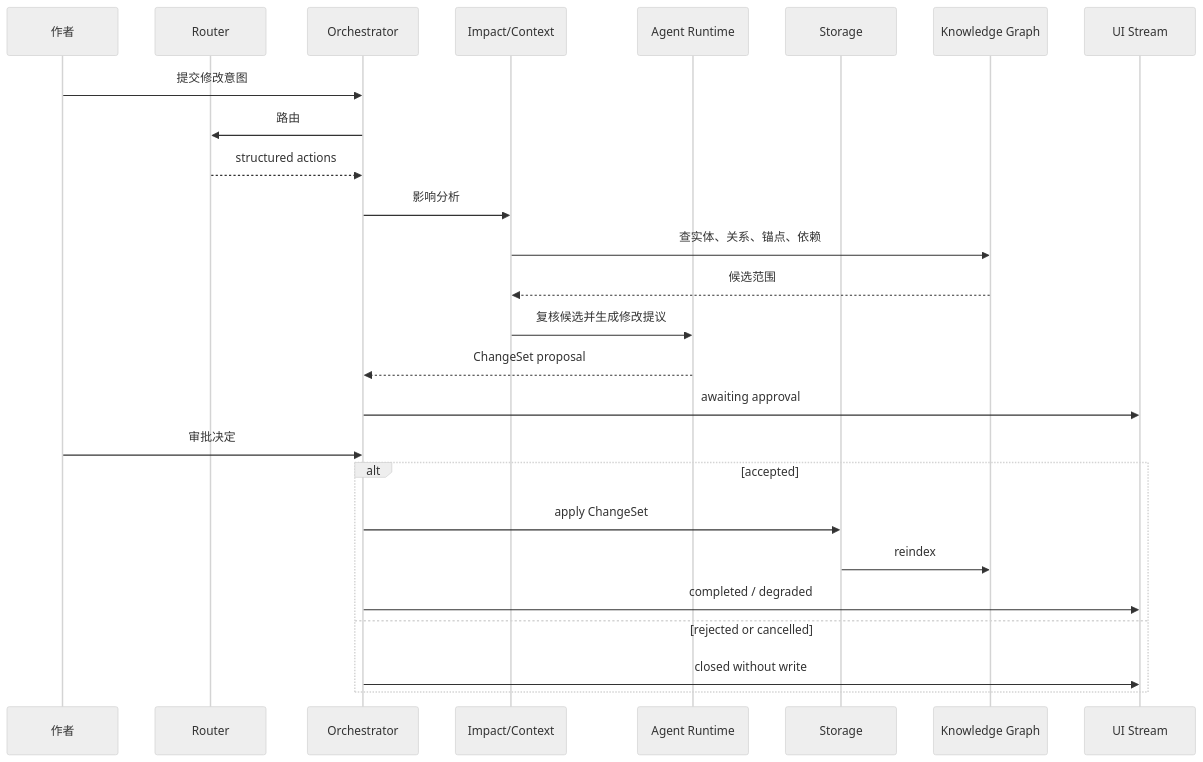
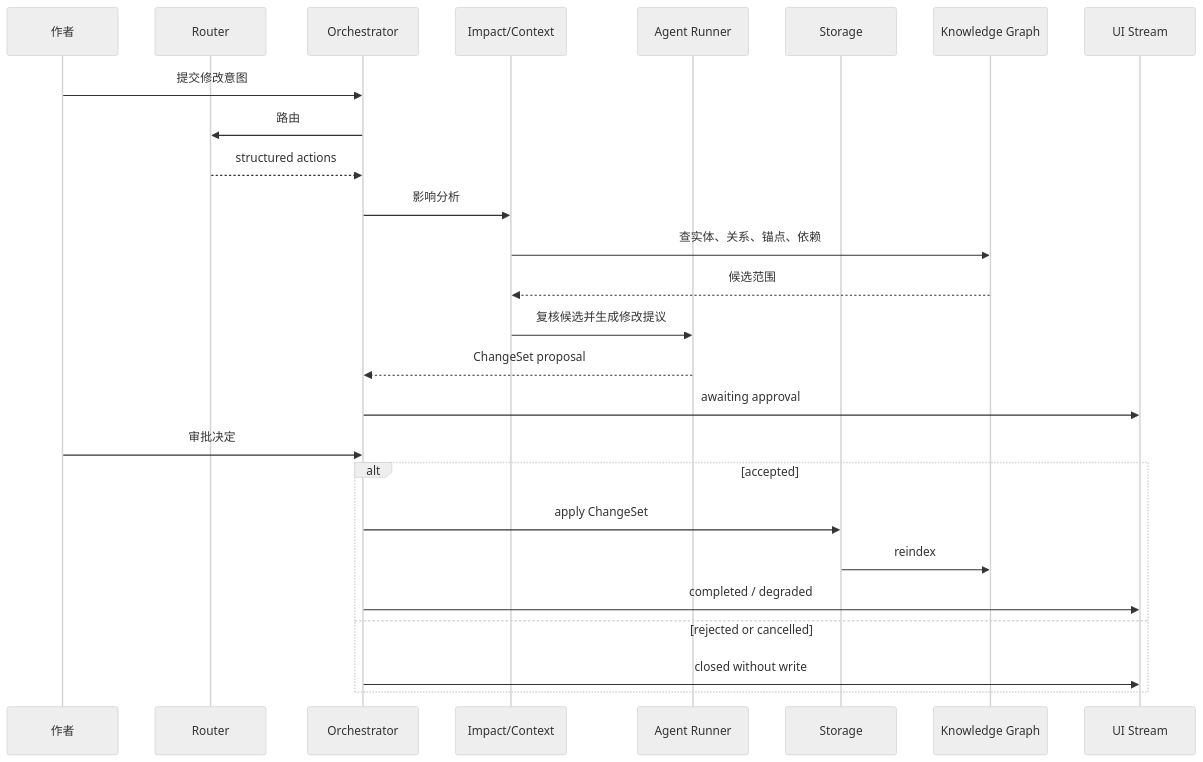
One commit to jinhuang712/open-novel changed the first of 3 diagrams in spec/S04-turn-orchestration.md. Above: the diagram before and after it, drawn with Mermaid (neutral theme). The commit also changed other lines of this file and 65 other files, not shown here.

````diff
--- a/spec/S04-turn-orchestration.md
+++ b/spec/S04-turn-orchestration.md
@@ -22,29 +22,29 @@
 ```mermaid
 sequenceDiagram
   participant U as 作者
   participant R as Router
   participant O as Orchestrator
   participant Q as Impact/Context
-  participant A as Agent Runtime
+  participant A as Agent Runner
   participant S as Storage
   participant K as Knowledge Graph
   participant UI as UI Stream
 
   U->>O: 提交修改意图
   O->>R: 路由
   R-->>O: structured actions
   O->>Q: 影响分析
   Q->>K: 查实体、关系、锚点、依赖
   K-->>Q: 候选范围
   Q->>A: 复核候选并生成修改提议
   A-->>O: ChangeSet proposal
   O->>UI: awaiting approval
   U->>O: 审批决定
   alt accepted
     O->>S: apply ChangeSet
     S->>K: reindex
     O->>UI: completed / degraded
   else rejected or cancelled
     O->>UI: closed without write
   end
 ```
````
